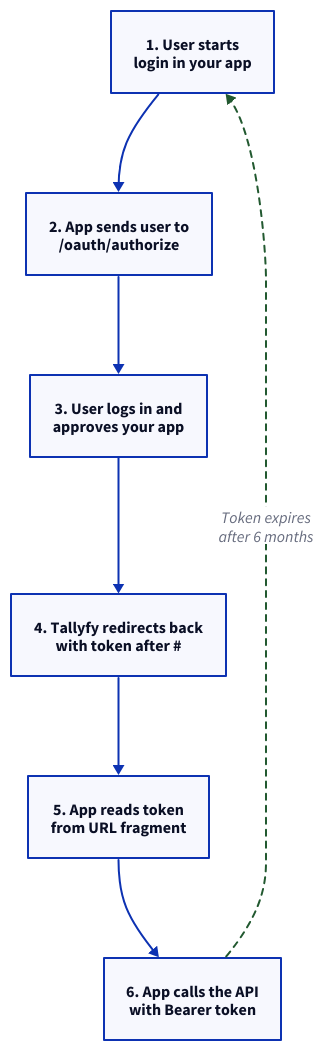
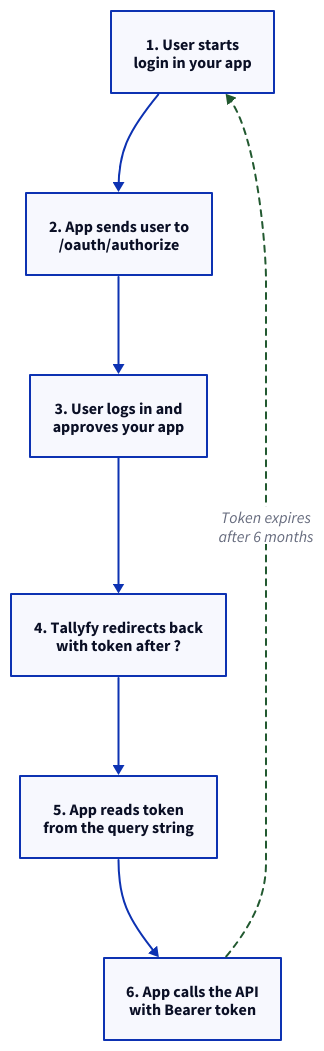
Before and after one commit to tallyfy/documentation: the diagram in src/content/docs/pro/integrations/open-api/oauth-authorization-flow.mdx, drawn with D2. The commit also changed other lines of this file and 11 other files, not shown here.

First line of the commit message:
Describe self-serve SSO as built, and the OAuth token after ? (#511)

````diff
--- a/src/content/docs/pro/integrations/open-api/oauth-authorization-flow.mdx
+++ b/src/content/docs/pro/integrations/open-api/oauth-authorization-flow.mdx
@@ -31,15 +31,15 @@
 ```d2
 # OAuth 2.0 Implicit Flow
 direction: down
 S1: "1. User starts\nlogin in your app"
 S2: "2. App sends user to\n/oauth/authorize"
 S3: "3. User logs in and\napproves your app"
-S4: "4. Tallyfy redirects back\nwith token after #"
-S5: "5. App reads token\nfrom URL fragment"
+S4: "4. Tallyfy redirects back\nwith token after ?"
+S5: "5. App reads token\nfrom the query string"
 S6: "6. App calls the API\nwith Bearer token"
 S1 -> S2 -> S3 -> S4 -> S5 -> S6
 S6 -> S1: "Token expires\nafter 6 months" {
   style.stroke: "#225930"
   style.stroke-dash: 3
 }
 ```
````
